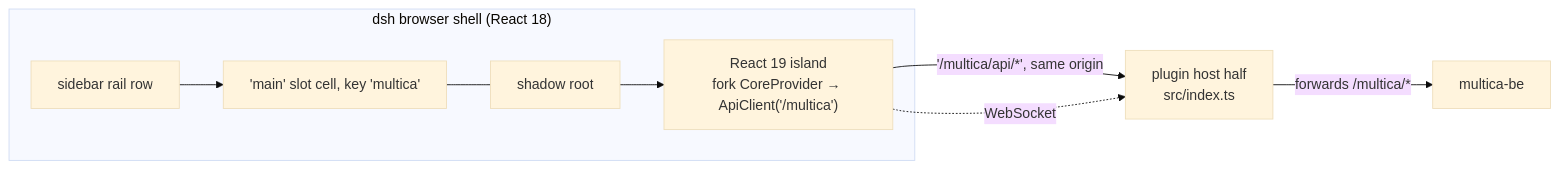
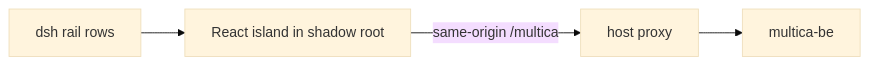
The diagram in docs/moct-x/dsh-plugin.md (ddvnguyen/multica-x), drawn with Mermaid (base theme) before and after one commit. The commit also changed other lines of this file and 7 other files, not shown here.

````diff
--- a/docs/moct-x/dsh-plugin.md
+++ b/docs/moct-x/dsh-plugin.md
@@ -12,11 +13,6 @@
 ```mermaid
 flowchart LR
-  subgraph shell["dsh browser shell (React 18)"]
-    RR["sidebar rail row"] --> CELL["'main' slot cell, key 'multica'"]
-    SH["shadow root"] --> IS["React 19 island<br/>fork CoreProvider → ApiClient('/multica')"]
-    CELL --- SH
-  end
-  HOST["plugin host half<br/>src/index.ts"] -->|"forwards /multica/*"| MB["multica-be"]
-  IS -->|"'/multica/api/*', same origin"| HOST
-  IS -.->|"WebSocket"| HOST
+  R["dsh rail rows"] --> I["React island in shadow root"]
+  I -->|"same-origin /multica"| P["host proxy"]
+  P --> BE["multica-be"]
 ```
````
